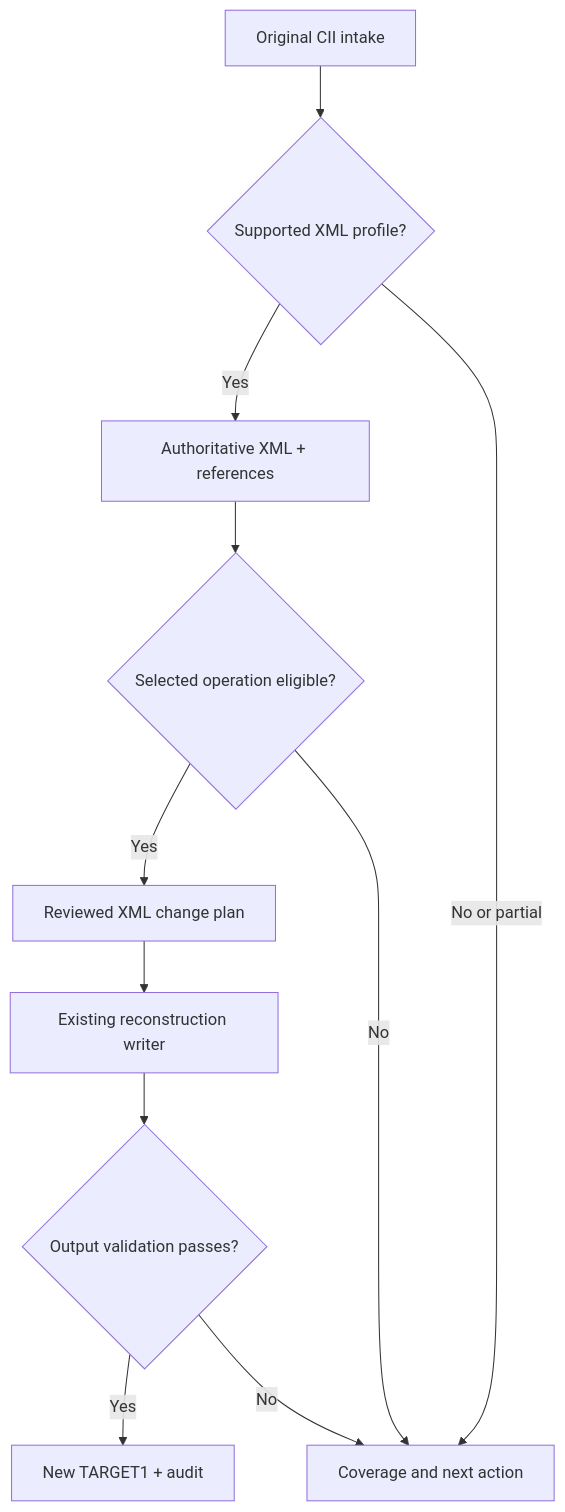
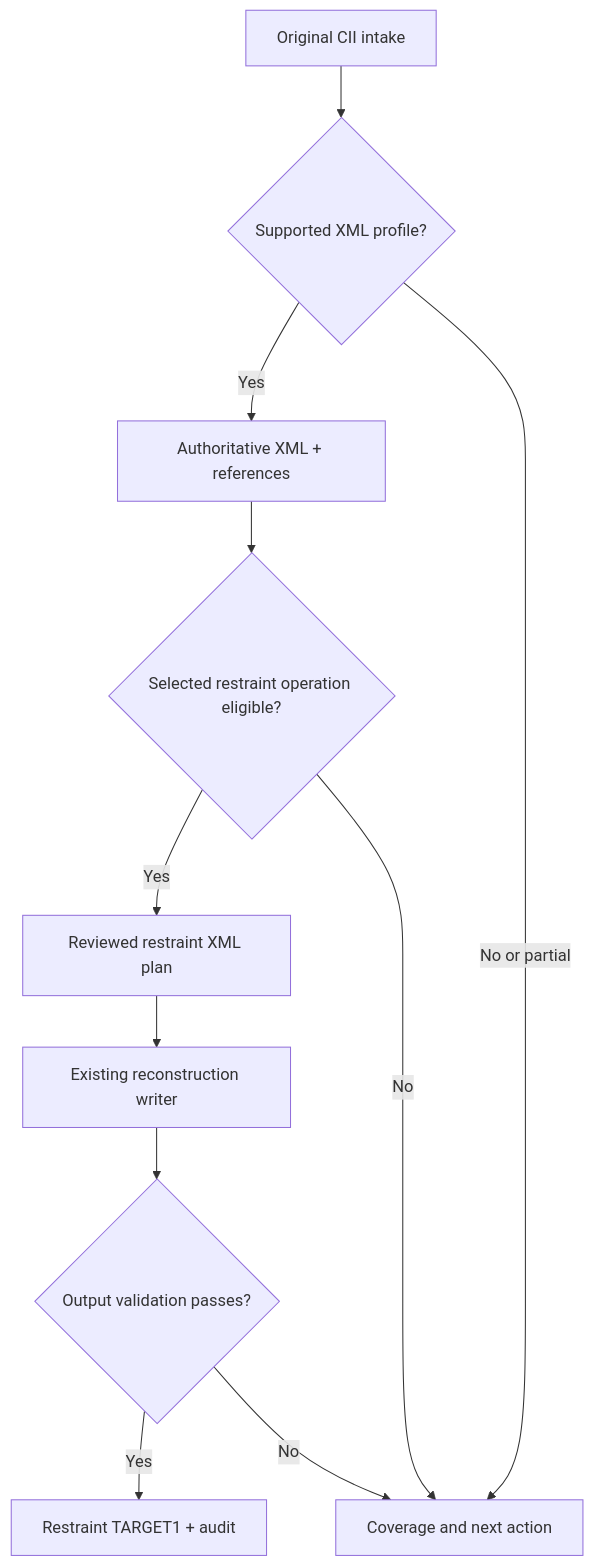
One commit to reallakshman19/XML_Compare_Utilities changed the diagram in docs/ciifr/property-transfer/v2/02_ARCHITECTURE_FRAMEWORK.md. Above: the diagram before and after it, drawn with Mermaid. The commit also changed other lines of this file and 4 other files, not shown here.

````diff
--- a/docs/ciifr/property-transfer/v2/02_ARCHITECTURE_FRAMEWORK.md
+++ b/docs/ciifr/property-transfer/v2/02_ARCHITECTURE_FRAMEWORK.md
@@ -13,13 +13,13 @@
 ```mermaid
 flowchart TD
   A["Original CII intake"] --> B{"Supported XML profile?"}
   B -->|Yes| C["Authoritative XML + references"]
   B -->|No or partial| H["Coverage and next action"]
-  C --> D{"Selected operation eligible?"}
-  D -->|Yes| E["Reviewed XML change plan"]
+  C --> D{"Selected restraint operation eligible?"}
+  D -->|Yes| E["Reviewed restraint XML plan"]
   D -->|No| H
   E --> F["Existing reconstruction writer"]
   F --> G{"Output validation passes?"}
-  G -->|Yes| J["New TARGET1 + audit"]
+  G -->|Yes| J["Restraint TARGET1 + audit"]
   G -->|No| H
 ```
````
